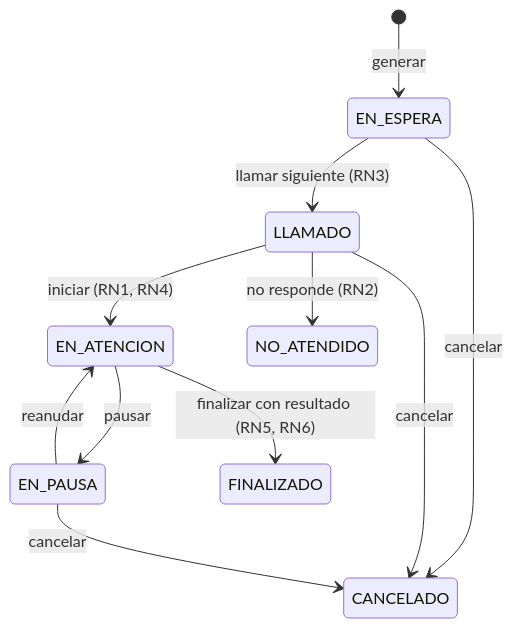
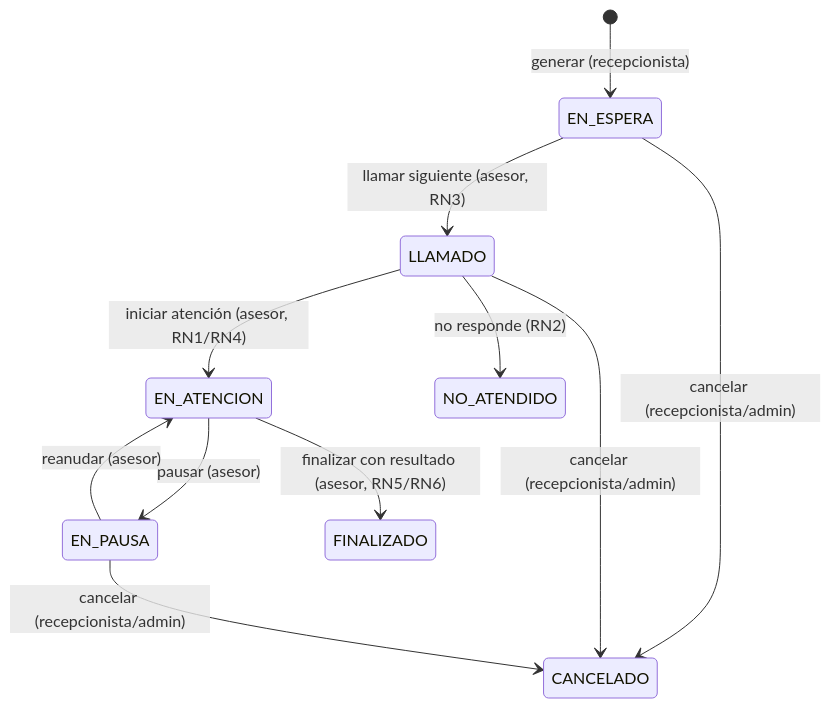
One commit to Jaime829/Agendaty changed the diagram in docs/design.md. Above: the diagram before and after it, drawn with Mermaid. The commit also changed other lines of this file and 4 other files, not shown here.

````diff
--- a/docs/design.md
+++ b/docs/design.md
@@ -13,13 +17,13 @@
 ```mermaid
 stateDiagram-v2
-  [*] --> EN_ESPERA: generar
-  EN_ESPERA --> LLAMADO: llamar siguiente (RN3)
-  EN_ESPERA --> CANCELADO: cancelar
-  LLAMADO --> EN_ATENCION: iniciar (RN1, RN4)
+  [*] --> EN_ESPERA: generar (recepcionista)
+  EN_ESPERA --> LLAMADO: llamar siguiente (asesor, RN3)
+  EN_ESPERA --> CANCELADO: cancelar (recepcionista/admin)
+  LLAMADO --> EN_ATENCION: iniciar atención (asesor, RN1/RN4)
   LLAMADO --> NO_ATENDIDO: no responde (RN2)
-  LLAMADO --> CANCELADO: cancelar
-  EN_ATENCION --> EN_PAUSA: pausar
-  EN_PAUSA --> EN_ATENCION: reanudar
-  EN_ATENCION --> FINALIZADO: finalizar con resultado (RN5, RN6)
-  EN_PAUSA --> CANCELADO: cancelar
+  LLAMADO --> CANCELADO: cancelar (recepcionista/admin)
+  EN_ATENCION --> EN_PAUSA: pausar (asesor)
+  EN_PAUSA --> EN_ATENCION: reanudar (asesor)
+  EN_ATENCION --> FINALIZADO: finalizar con resultado (asesor, RN5/RN6)
+  EN_PAUSA --> CANCELADO: cancelar (recepcionista/admin)
 ```
````
